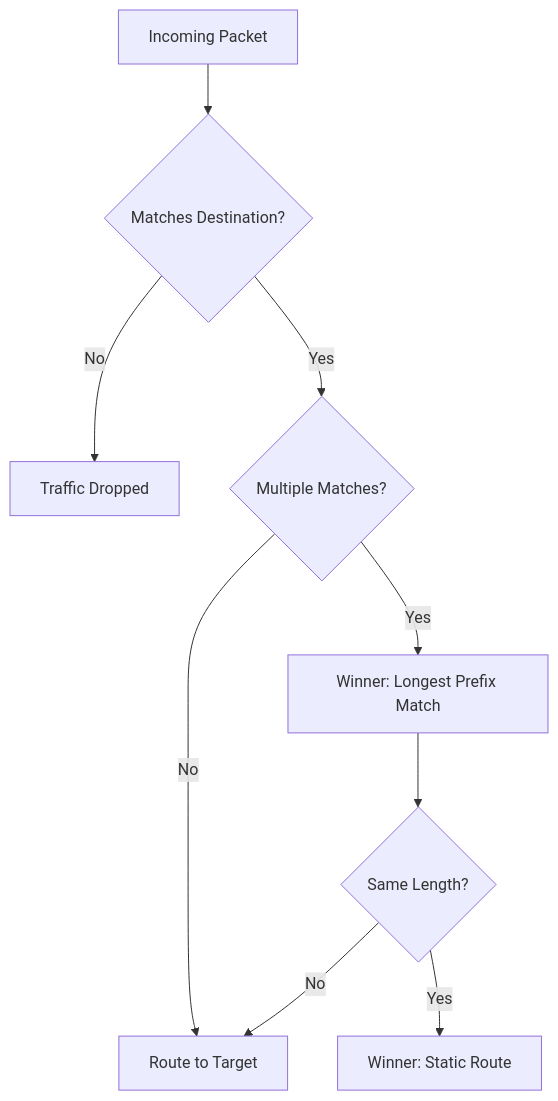
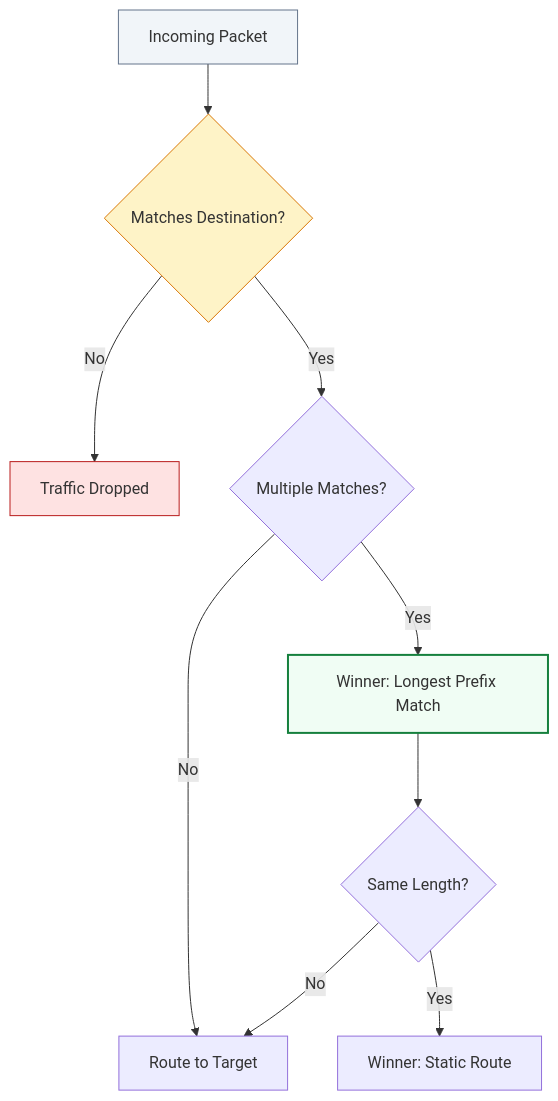
The diagram in 2-Intermediate/01-Phase-1/01-Networking/04-Routing-and-Route-Tables/README.md (Ganil151/Devops), drawn with Mermaid before and after one commit. The commit also changed other lines of this file and 51 other files, not shown here.

````diff
--- a/2-Intermediate/01-Phase-1/01-Networking/04-Routing-and-Route-Tables/README.md
+++ b/2-Intermediate/01-Phase-1/01-Networking/04-Routing-and-Route-Tables/README.md
@@ -18,11 +5,16 @@
 ```mermaid
 graph TD
     Packet[Incoming Packet] --> Match{Matches Destination?}
     Match -->|No| Drop[Traffic Dropped]
     Match -->|Yes| Multiple{Multiple Matches?}
     Multiple -->|No| Connect[Route to Target]
     Multiple -->|Yes| LPM[Winner: Longest Prefix Match]
     LPM --> Origin{Same Length?}
     Origin -->|Yes| Static[Winner: Static Route]
     Origin -->|No| Connect
+
+    style Packet fill:#f1f5f9,stroke:#64748b
+    style Match fill:#fef3c7,stroke:#d97706
+    style LPM fill:#f0fdf4,stroke:#15803d,stroke-width:2px
+    style Drop fill:#fee2e2,stroke:#b91c1c
 ```
````
